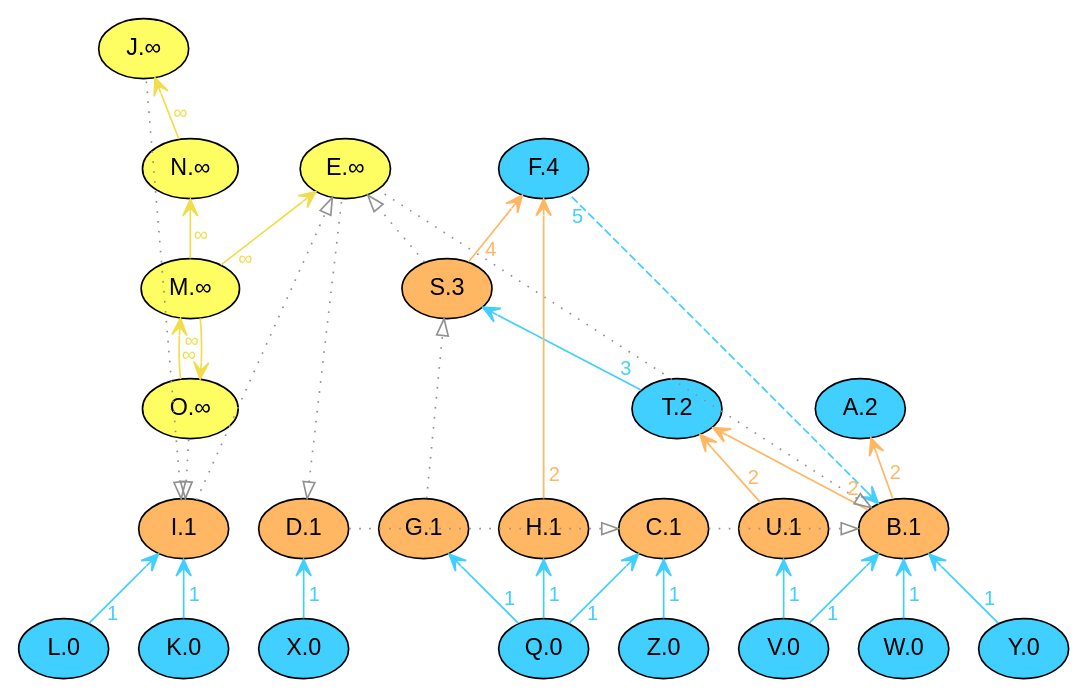
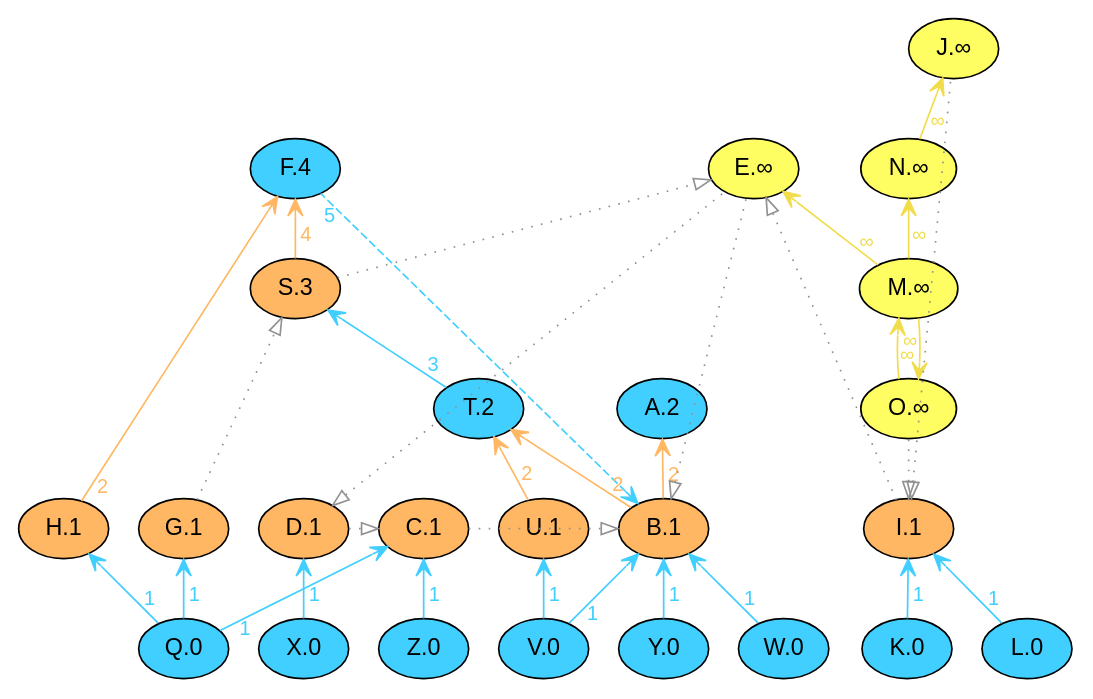
One commit to xai-ca/xray changed the diagram in temp/layout.dot. Above: the diagram before and after it, drawn with Graphviz. The commit also changed 3 other files, not shown here.

```diff
--- a/temp/layout.dot
+++ b/temp/layout.dot
@@ -1,63 +1,68 @@
 digraph {
 layout=neato 
 node [fontname = "helvetica"] 
   edge [fontname = "helvetica"] 
  rankdir=BT  // Node defaults can be set here if needed
-    "A" [style="filled" fillcolor="#40cfff" label="A.2" fontsize=14 pos="7.0139,2.25!"]
-    "F" [style="filled" fillcolor="#40cfff" label="F.4" fontsize=14 pos="4.375,4.25!"]
-    "K" [style="filled" fillcolor="#40cfff" label="K.0" fontsize=14 pos="1.375,0.25!"]
-    "L" [style="filled" fillcolor="#40cfff" label="L.0" fontsize=14 pos="0.375,0.25!"]
-    "Q" [style="filled" fillcolor="#40cfff" label="Q.0" fontsize=14 pos="4.375,0.25!"]
-    "T" [style="filled" fillcolor="#40cfff" label="T.2" fontsize=14 pos="5.4861,2.25!"]
-    "V" [style="filled" fillcolor="#40cfff" label="V.0" fontsize=14 pos="6.375,0.25!"]
-    "W" [style="filled" fillcolor="#40cfff" label="W.0" fontsize=14 pos="7.375,0.25!"]
+    "A" [style="filled" fillcolor="#40cfff" label="A.2" fontsize=14 pos="5.3611,2.25!"]
+    "F" [style="filled" fillcolor="#40cfff" label="F.4" fontsize=14 pos="2.3056,4.25!"]
+    "K" [style="filled" fillcolor="#40cfff" label="K.0" fontsize=14 pos="7.4028,0.25!"]
+    "L" [style="filled" fillcolor="#40cfff" label="L.0" fontsize=14 pos="8.4028,0.25!"]
+    "Q" [style="filled" fillcolor="#40cfff" label="Q.0" fontsize=14 pos="1.375,0.25!"]
+    "T" [style="filled" fillcolor="#40cfff" label="T.2" fontsize=14 pos="3.8333,2.25!"]
+    "V" [style="filled" fillcolor="#40cfff" label="V.0" fontsize=14 pos="4.375,0.25!"]
+    "W" [style="filled" fillcolor="#40cfff" label="W.0" fontsize=14 pos="6.375,0.25!"]
     "X" [style="filled" fillcolor="#40cfff" label="X.0" fontsize=14 pos="2.375,0.25!"]
-    "Y" [style="filled" fillcolor="#40cfff" label="Y.0" fontsize=14 pos="8.375,0.25!"]
-    "Z" [style="filled" fillcolor="#40cfff" label="Z.0" fontsize=14 pos="5.375,0.25!"]
-    "E" [style="filled" fillcolor="#FEFE62" label="E.∞" fontsize=14 pos="2.7222,4.25!"]
-    "J" [style="filled" fillcolor="#FEFE62" label="J.∞" fontsize=14 pos="1.0417,5.25!"]
-    "M" [style="filled" fillcolor="#FEFE62" label="M.∞" fontsize=14 pos="1.4306,3.25!"]
-    "N" [style="filled" fillcolor="#FEFE62" label="N.∞" fontsize=14 pos="1.4306,4.25!"]
-    "O" [style="filled" fillcolor="#FEFE62" label="O.∞" fontsize=14 pos="1.4306,2.25!"]
-    "B" [style="filled" fillcolor="#ffb763" label="B.1" fontsize=14 pos="7.375,1.25!"]
-    "C" [style="filled" fillcolor="#ffb763" label="C.1" fontsize=14 pos="5.375,1.25!"]
+    "Y" [style="filled" fillcolor="#40cfff" label="Y.0" fontsize=14 pos="5.375,0.25!"]
+    "Z" [style="filled" fillcolor="#40cfff" label="Z.0" fontsize=14 pos="3.375,0.25!"]
+    "E" [style="filled" fillcolor="#FEFE62" label="E.∞" fontsize=14 pos="6.125,4.25!"]
+    "J" [style="filled" fillcolor="#FEFE62" label="J.∞" fontsize=14 pos="7.7917,5.25!"]
+    "M" [style="filled" fillcolor="#FEFE62" label="M.∞" fontsize=14 pos="7.4167,3.25!"]
+    "N" [style="filled" fillcolor="#FEFE62" label="N.∞" fontsize=14 pos="7.4167,4.25!"]
+    "O" [style="filled" fillcolor="#FEFE62" label="O.∞" fontsize=14 pos="7.4167,2.25!"]
+    "B" [style="filled" fillcolor="#ffb763" label="B.1" fontsize=14 pos="5.375,1.25!"]
+    "C" [style="filled" fillcolor="#ffb763" label="C.1" fontsize=14 pos="3.375,1.25!"]
     "D" [style="filled" fillcolor="#ffb763" label="D.1" fontsize=14 pos="2.375,1.25!"]
-    "G" [style="filled" fillcolor="#ffb763" label="G.1" fontsize=14 pos="3.375,1.25!"]
-    "H" [style="filled" fillcolor="#ffb763" label="H.1" fontsize=14 pos="4.375,1.25!"]
-    "I" [style="filled" fillcolor="#ffb763" label="I.1" fontsize=14 pos="1.375,1.25!"]
-    "S" [style="filled" fillcolor="#ffb763" label="S.3" fontsize=14 pos="3.5694,3.25!"]
-    "U" [style="filled" fillcolor="#ffb763" label="U.1" fontsize=14 pos="6.375,1.25!"]
+    "G" [style="filled" fillcolor="#ffb763" label="G.1" fontsize=14 pos="1.375,1.25!"]
+    "H" [style="filled" fillcolor="#ffb763" label="H.1" fontsize=14 pos="0.375,1.25!"]
+    "I" [style="filled" fillcolor="#ffb763" label="I.1" fontsize=14 pos="7.4167,1.25!"]
+    "S" [style="filled" fillcolor="#ffb763" label="S.3" fontsize=14 pos="2.3056,3.25!"]
+    "U" [style="filled" fillcolor="#ffb763" label="U.1" fontsize=14 pos="4.375,1.25!"]
     edge[labeldistance=1.5 fontsize=12]
     "B" -> "A" [color="#ffb763" style="solid"fontcolor="#ffb763"arrowtail="vee"arrowhead="vee"taillabel="2"]
     "B" -> "T" [color="#ffb763" style="solid"fontcolor="#ffb763"arrowtail="vee"arrowhead="vee"taillabel="2"]
     "C" -> "B" [color="#919191" style="dotted"fontcolor="#919191"arrowtail="onormal"arrowhead="onormal"taillabel=""]
     "D" -> "C" [color="#919191" style="dotted"fontcolor="#919191"arrowtail="onormal"arrowhead="onormal"taillabel=""]
     "B" -> "E" [dir=back color="#919191" style= "dotted"fontcolor="#919191"arrowtail="onormal"arrowhead="onormal"headlabel=""]
     "D" -> "E" [dir=back color="#919191" style= "dotted"fontcolor="#919191"arrowtail="onormal"arrowhead="onormal"headlabel=""]
     "B" -> "F" [dir=back color="#40cfff" style= "dashed"fontcolor="#40cfff"arrowtail="vee"arrowhead="vee"headlabel="5"]
     "G" -> "S" [color="#919191" style="dotted"fontcolor="#919191"arrowtail="onormal"arrowhead="onormal"taillabel=""]
     "H" -> "F" [color="#ffb763" style="solid"fontcolor="#ffb763"arrowtail="vee"arrowhead="vee"taillabel="2"]
     "I" -> "E" [color="#919191" style="dotted"fontcolor="#919191"arrowtail="onormal"arrowhead="onormal"taillabel=""]
     "I" -> "J" [dir=back color="#919191" style= "dotted"fontcolor="#919191"arrowtail="onormal"arrowhead="onormal"headlabel=""]
     "K" -> "I" [color="#40cfff" style="solid"fontcolor="#40cfff"arrowtail="vee"arrowhead="vee"taillabel="1"]
     "L" -> "I" [color="#40cfff" style="solid"fontcolor="#40cfff"arrowtail="vee"arrowhead="vee"taillabel="1"]
     "M" -> "E" [color="#f1dd4b" style="solid"fontcolor="#f1dd4b"arrowtail="vee"arrowhead="vee"taillabel="∞"]
     "M" -> "O" [color="#f1dd4b" style="solid"fontcolor="#f1dd4b"arrowtail="vee"arrowhead="vee"taillabel="∞"]
     "M" -> "N" [color="#f1dd4b" style="solid"fontcolor="#f1dd4b"arrowtail="vee"arrowhead="vee"taillabel="∞"]
     "N" -> "J" [color="#f1dd4b" style="solid"fontcolor="#f1dd4b"arrowtail="vee"arrowhead="vee"taillabel="∞"]
     "I" -> "O" [dir=back color="#919191" style= "dotted"fontcolor="#919191"arrowtail="onormal"arrowhead="onormal"headlabel=""]
     "O" -> "M" [color="#f1dd4b" style="solid"fontcolor="#f1dd4b"arrowtail="vee"arrowhead="vee"taillabel="∞"]
     "Q" -> "G" [color="#40cfff" style="solid"fontcolor="#40cfff"arrowtail="vee"arrowhead="vee"taillabel="1"]
     "Q" -> "H" [color="#40cfff" style="solid"fontcolor="#40cfff"arrowtail="vee"arrowhead="vee"taillabel="1"]
     "Q" -> "C" [color="#40cfff" style="solid"fontcolor="#40cfff"arrowtail="vee"arrowhead="vee"taillabel="1"]
     "S" -> "E" [color="#919191" style="dotted"fontcolor="#919191"arrowtail="onormal"arrowhead="onormal"taillabel=""]
     "S" -> "F" [color="#ffb763" style="solid"fontcolor="#ffb763"arrowtail="vee"arrowhead="vee"taillabel="4"]
     "T" -> "S" [color="#40cfff" style="solid"fontcolor="#40cfff"arrowtail="vee"arrowhead="vee"taillabel="3"]
     "U" -> "T" [color="#ffb763" style="solid"fontcolor="#ffb763"arrowtail="vee"arrowhead="vee"taillabel="2"]
     "V" -> "B" [color="#40cfff" style="solid"fontcolor="#40cfff"arrowtail="vee"arrowhead="vee"taillabel="1"]
     "V" -> "U" [color="#40cfff" style="solid"fontcolor="#40cfff"arrowtail="vee"arrowhead="vee"taillabel="1"]
     "W" -> "B" [color="#40cfff" style="solid"fontcolor="#40cfff"arrowtail="vee"arrowhead="vee"taillabel="1"]
     "X" -> "D" [color="#40cfff" style="solid"fontcolor="#40cfff"arrowtail="vee"arrowhead="vee"taillabel="1"]
     "Y" -> "B" [color="#40cfff" style="solid"fontcolor="#40cfff"arrowtail="vee"arrowhead="vee"taillabel="1"]
     "Z" -> "C" [color="#40cfff" style="solid"fontcolor="#40cfff"arrowtail="vee"arrowhead="vee"taillabel="1"]
+    {rank = same K L Q V W X Y Z}
+    {rank = same U H G I D C B}
+    {rank = same A T}
+    // {rank = same S}
+    // {rank = same F}
 }
```
